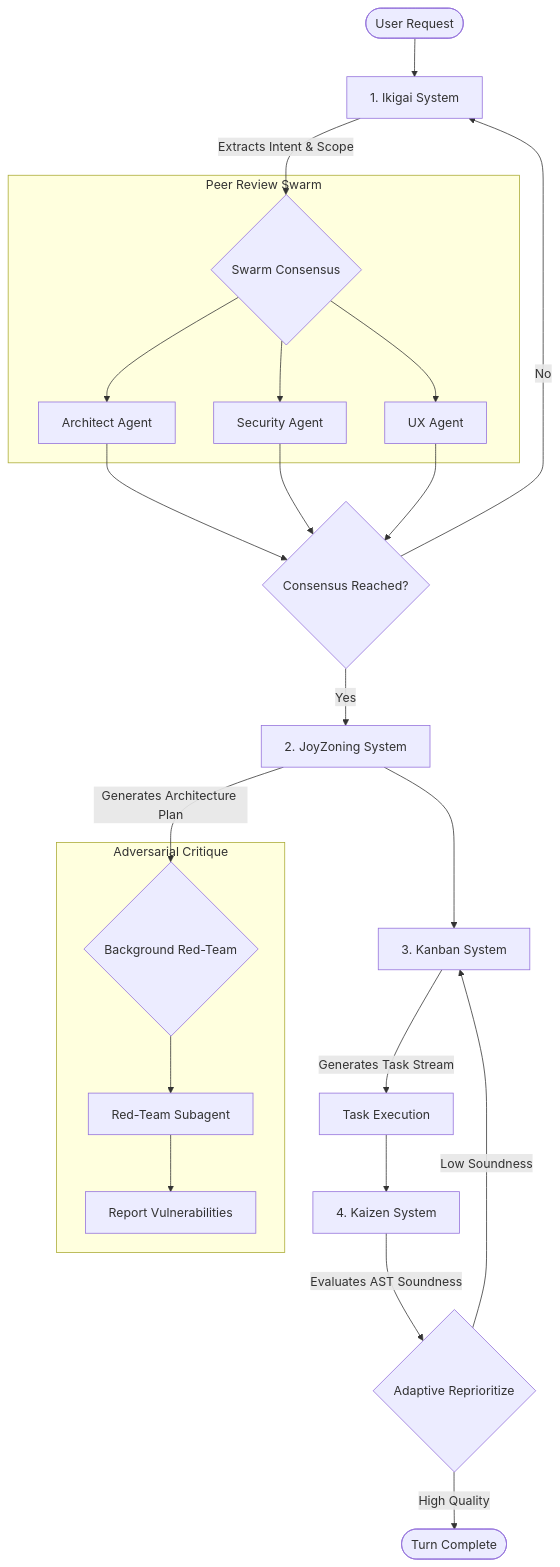
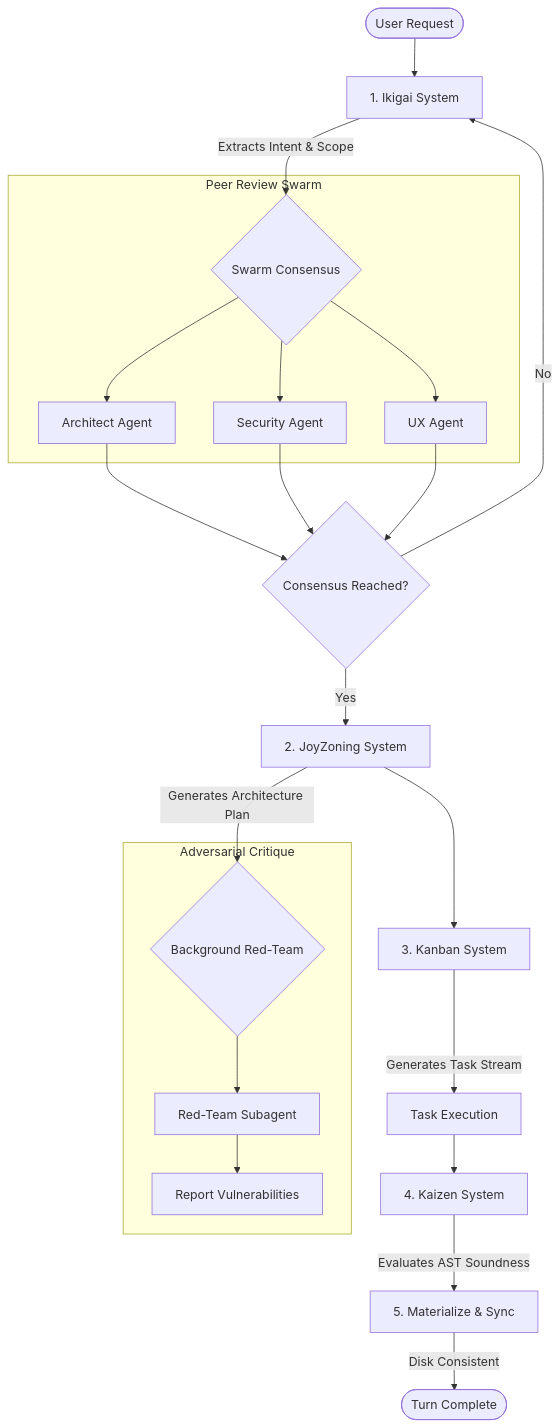
The second of 4 diagrams in README.md (CardSorting/codemarie), drawn with Mermaid before and after one commit. The commit also changed other lines of this file and 3 other files, not shown here.

````diff
--- a/README.md
+++ b/README.md
@@ -130,29 +132,28 @@
 ```mermaid
 graph TD
     Start([User Request]) --> Ikigai[1. Ikigai System]
     Ikigai -- "Extracts Intent & Scope" --> Swarm{Swarm Consensus}
     
     subgraph "Peer Review Swarm"
         Swarm --> ArchAgent[Architect Agent]
         Swarm --> SecAgent[Security Agent]
         Swarm --> UXAgent[UX Agent]
     end
     
     ArchAgent & SecAgent & UXAgent --> ConsensusCheck{Consensus Reached?}
     ConsensusCheck -- No --> Ikigai
     ConsensusCheck -- Yes --> JoyZoningSys[2. JoyZoning System]
     
     JoyZoningSys -- "Generates Architecture Plan" --> RedTeam{Background Red-Team}
     
     subgraph "Adversarial Critique"
         RedTeam --> Probe[Red-Team Subagent]
         Probe --> Vulns[Report Vulnerabilities]
     end
     
     JoyZoningSys --> Kanban[3. Kanban System]
     Kanban -- "Generates Task Stream" --> Exec[Task Execution]
     Exec --> Kaizen[4. Kaizen System]
-    Kaizen -- "Evaluates AST Soundness" --> Reprioritize{Adaptive Reprioritize}
-    Reprioritize -- Low Soundness --> Kanban
-    Reprioritize -- High Quality --> Finish([Turn Complete])
+    Kaizen -- "Evaluates AST Soundness" --> Materialize[5. Materialize & Sync]
+    Materialize -- "Disk Consistent" --> Finish([Turn Complete])
 ```
````
